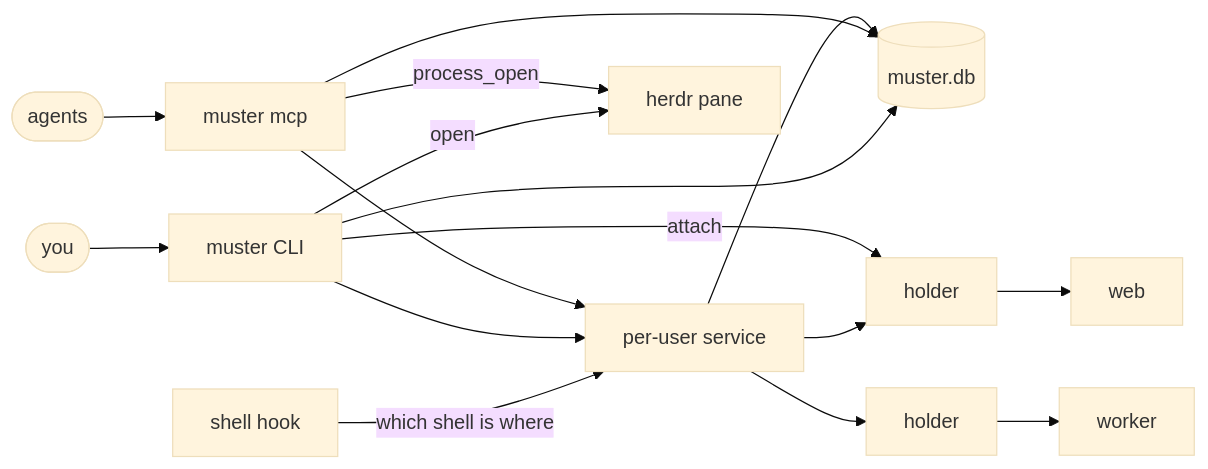
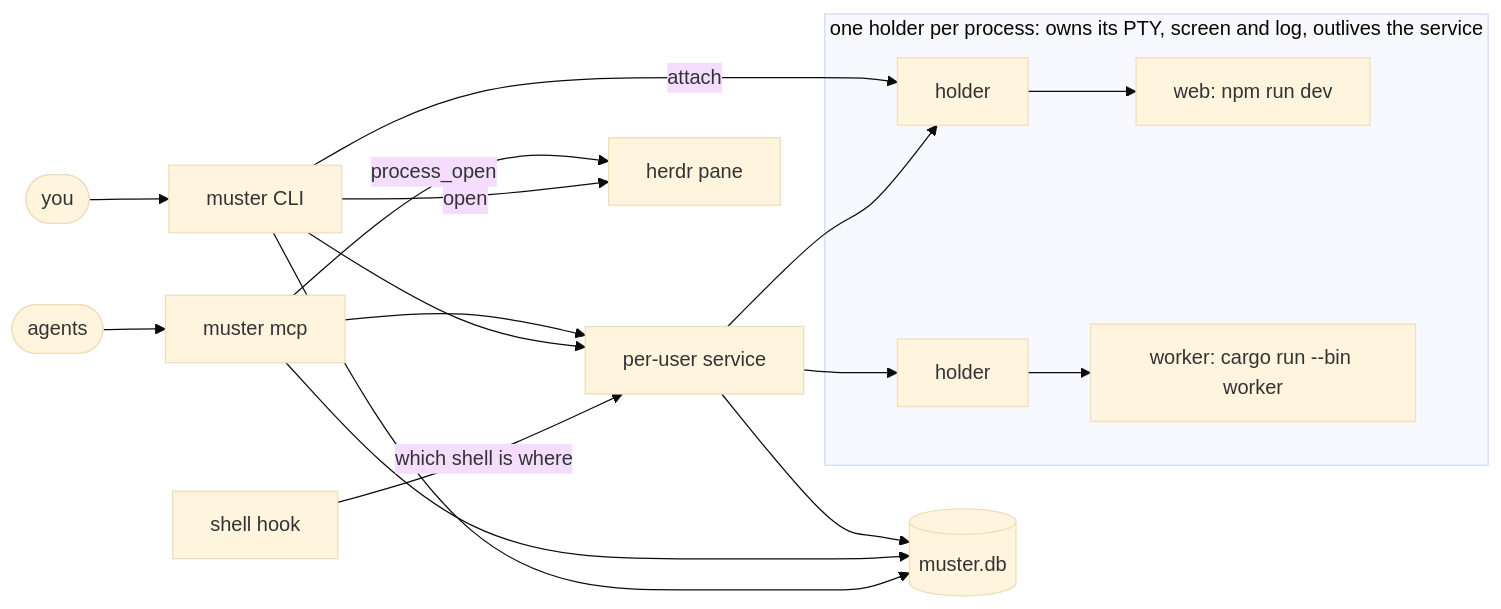
One commit to sagoez/muster changed the diagram in README.md. Above: the diagram before and after it, drawn with Mermaid (base theme). The commit also changed other lines of this file and 2 other files, not shown here.

Commit message:
docs: add the muster mark, clarify the architecture diagram and preview muster view (#26)
* docs: add the muster mark, label the holders in the architecture diagram and preview muster view

* docs: show the muster view demo under the terminal demo

````diff
--- a/README.md
+++ b/README.md
@@ -122,16 +126,20 @@
 ```mermaid
 flowchart LR
     you([you]) --> cli[muster CLI]
     agent([agents]) --> mcp[muster mcp]
     hook[shell hook] -- "which shell is where" --> svc
     cli --> svc[per-user service]
     mcp --> svc
     cli --> db[(muster.db)]
     mcp --> db
     svc --> db
-    svc --> h1[holder] --> p1[web]
-    svc --> h2[holder] --> p2[worker]
+    subgraph held["one holder per process: owns its PTY, screen and log, outlives the service"]
+        h1[holder] --> p1["web: npm run dev"]
+        h2[holder] --> p2["worker: cargo run --bin worker"]
+    end
+    svc --> h1
+    svc --> h2
     cli -- "attach" --> h1
     cli -- "open" --> herdr[herdr pane]
     mcp -- "process_open" --> herdr
 ```
````
